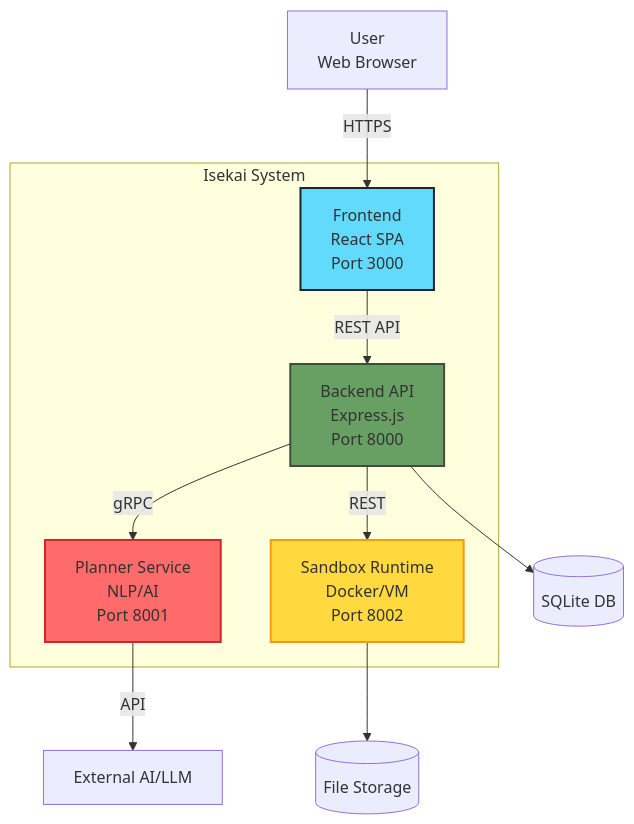
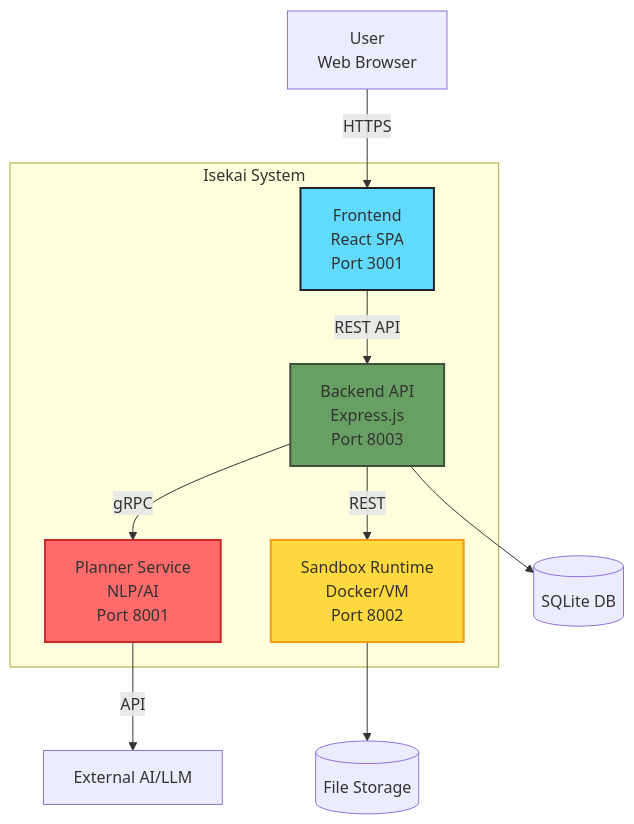
Before and after one commit to Senpai-Sama7/Isekai: the second of 8 diagrams in README.md, drawn with Mermaid. The commit also changed other lines of this file and 12 other files, not shown here.

````diff
--- a/README.md
+++ b/README.md
@@ -50,28 +197,28 @@
 ```mermaid
 graph TB
     User[User<br/>Web Browser]
     
     subgraph Isekai System
-        Frontend[Frontend<br/>React SPA<br/>Port 3000]
-        Backend[Backend API<br/>Express.js<br/>Port 8000]
+        Frontend[Frontend<br/>React SPA<br/>Port 3001]
+        Backend[Backend API<br/>Express.js<br/>Port 8003]
         Planner[Planner Service<br/>NLP/AI<br/>Port 8001]
         Sandbox[Sandbox Runtime<br/>Docker/VM<br/>Port 8002]
     end
     
     DB[(SQLite DB)]
     FileStore[(File Storage)]
     AI[External AI/LLM]
     
     User -->|HTTPS| Frontend
     Frontend -->|REST API| Backend
     Backend -->|gRPC| Planner
     Backend -->|REST| Sandbox
     Planner -->|API| AI
     Backend --> DB
     Sandbox --> FileStore
     
     style Frontend fill:#61dafb,stroke:#20232a,stroke-width:2px
     style Backend fill:#68a063,stroke:#404d3f,stroke-width:2px
     style Planner fill:#ff6b6b,stroke:#c92a2a,stroke-width:2px
     style Sandbox fill:#ffd93d,stroke:#f39c12,stroke-width:2px
 ```
````
